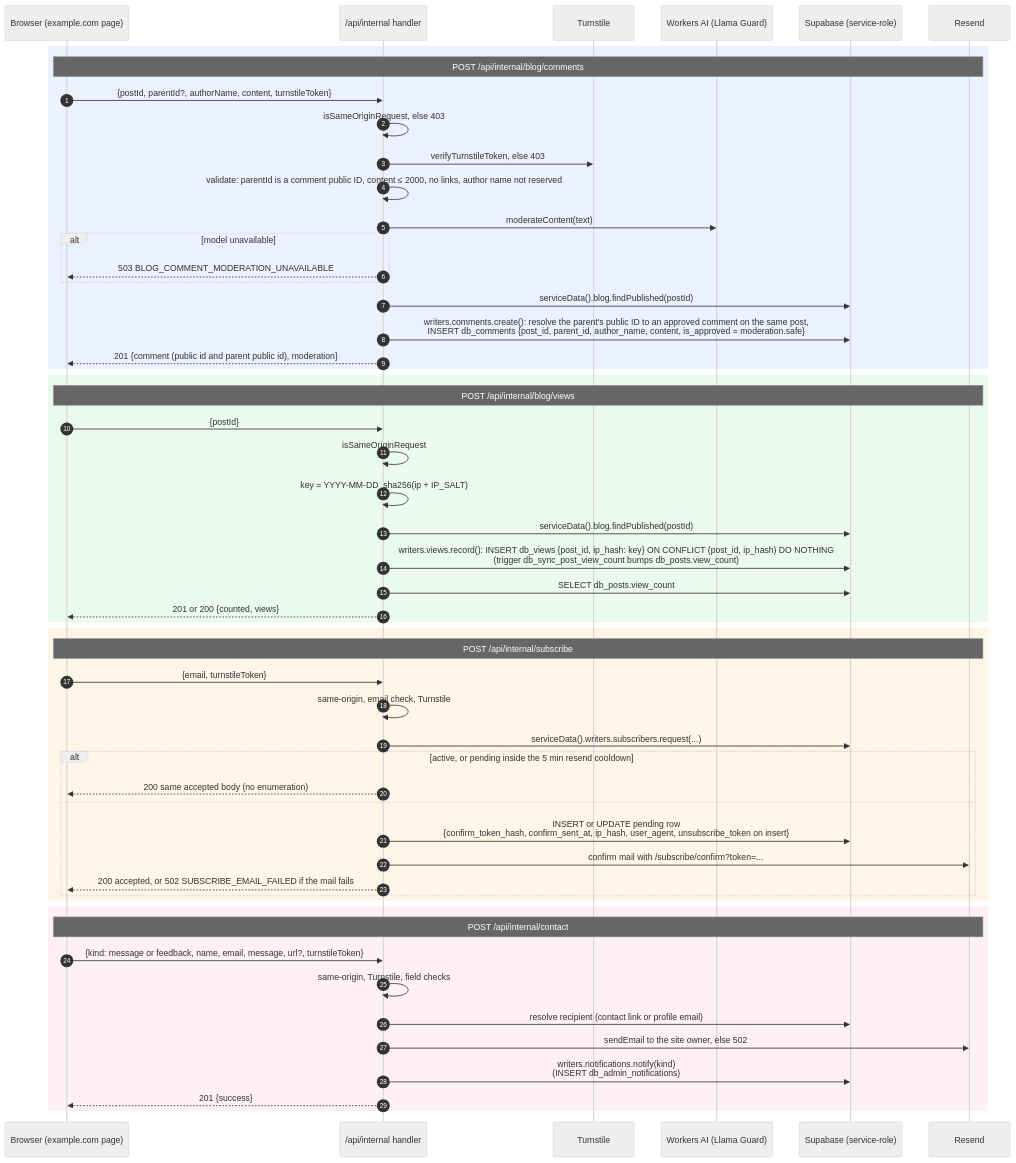
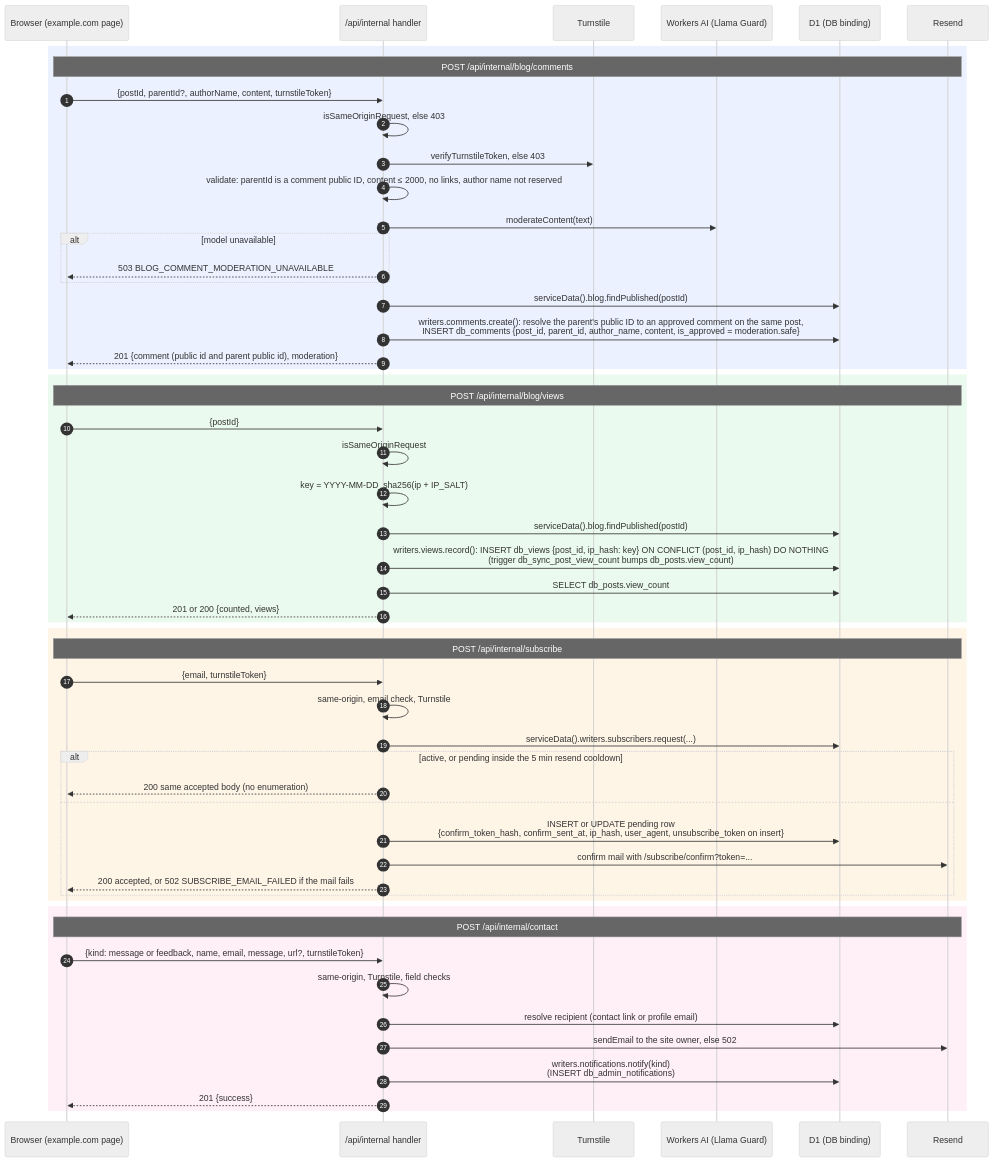
One commit to farhnkrnapratma/idstead changed the diagram in docs/003-architecture/004-public-write-endpoints.md. Above: the diagram before and after it, drawn with Mermaid (neutral theme). The commit also changed other lines of this file and 26 other files, not shown here.

````diff
--- a/docs/003-architecture/004-public-write-endpoints.md
+++ b/docs/003-architecture/004-public-write-endpoints.md
@@ -5,60 +5,60 @@
 ```mermaid
 sequenceDiagram
     autonumber
     participant B as Browser (example.com page)
     participant H as /api/internal handler
     participant TS as Turnstile
     participant AI as Workers AI (Llama Guard)
-    participant DB as Supabase (service-role)
+    participant DB as D1 (DB binding)
     participant RS as Resend
 
     rect rgba(120, 160, 255, 0.15)
     Note over B,RS: POST /api/internal/blog/comments
     B->>H: {postId, parentId?, authorName, content, turnstileToken}
     H->>H: isSameOriginRequest, else 403
     H->>TS: verifyTurnstileToken, else 403
     H->>H: validate: parentId is a comment public ID, content ≤ 2000, no links, author name not reserved
     H->>AI: moderateContent(text)
     alt model unavailable
         H-->>B: 503 BLOG_COMMENT_MODERATION_UNAVAILABLE
     end
     H->>DB: serviceData().blog.findPublished(postId)
     H->>DB: writers.comments.create(): resolve the parent's public ID to an approved comment on the same post,<br/>INSERT db_comments {post_id, parent_id, author_name, content, is_approved = moderation.safe}
     H-->>B: 201 {comment (public id and parent public id), moderation}
     end
 
     rect rgba(120, 220, 140, 0.15)
     Note over B,RS: POST /api/internal/blog/views
     B->>H: {postId}
     H->>H: isSameOriginRequest
     H->>H: key = YYYY-MM-DD_sha256(ip + IP_SALT)
     H->>DB: serviceData().blog.findPublished(postId)
     H->>DB: writers.views.record(): INSERT db_views {post_id, ip_hash: key} ON CONFLICT (post_id, ip_hash) DO NOTHING<br/>(trigger db_sync_post_view_count bumps db_posts.view_count)
     H->>DB: SELECT db_posts.view_count
     H-->>B: 201 or 200 {counted, views}
     end
 
     rect rgba(255, 200, 120, 0.18)
     Note over B,RS: POST /api/internal/subscribe
     B->>H: {email, turnstileToken}
     H->>H: same-origin, email check, Turnstile
     H->>DB: serviceData().writers.subscribers.request(...)
     alt active, or pending inside the 5 min resend cooldown
         H-->>B: 200 same accepted body (no enumeration)
     else
         H->>DB: INSERT or UPDATE pending row<br/>{confirm_token_hash, confirm_sent_at, ip_hash, user_agent, unsubscribe_token on insert}
         H->>RS: confirm mail with /subscribe/confirm?token=...
         H-->>B: 200 accepted, or 502 SUBSCRIBE_EMAIL_FAILED if the mail fails
     end
     end
 
     rect rgba(255, 150, 200, 0.15)
     Note over B,RS: POST /api/internal/contact
     B->>H: {kind: message or feedback, name, email, message, url?, turnstileToken}
     H->>H: same-origin, Turnstile, field checks
     H->>DB: resolve recipient (contact link or profile email)
     H->>RS: sendEmail to the site owner, else 502
     H->>DB: writers.notifications.notify(kind)<br/>(INSERT db_admin_notifications)
     H-->>B: 201 {success}
     end
 ```
````
